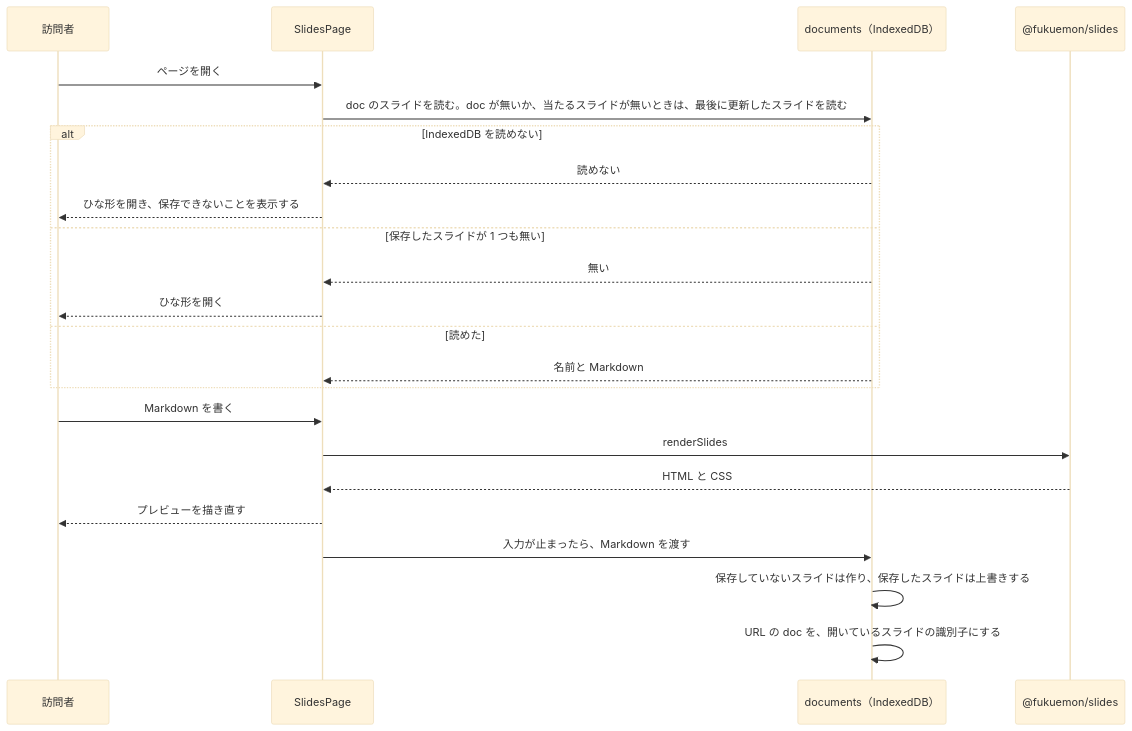
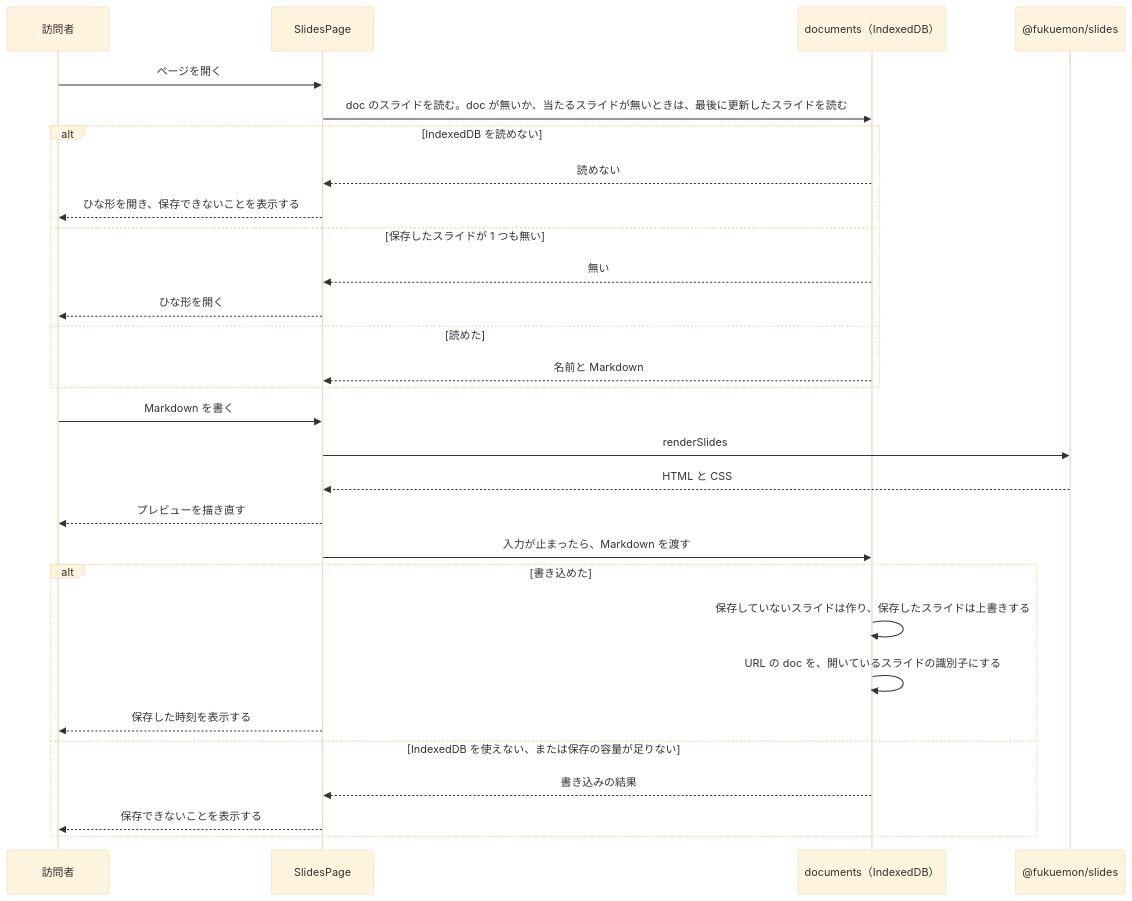
The third of 4 diagrams in docs/design/features/slides/DesignDoc.md (Fukuemon/fukuemon.dev), drawn with Mermaid (base theme) before and after one commit. The commit also changed other lines of this file and 4 other files, not shown here.

````diff
--- a/docs/design/features/slides/DesignDoc.md
+++ b/docs/design/features/slides/DesignDoc.md
@@ -298,26 +303,32 @@
 ```mermaid
 sequenceDiagram
   participant V as 訪問者
   participant P as SlidesPage
   participant D as documents（IndexedDB）
   participant S as @fukuemon/slides
 
   V->>P: ページを開く
   P->>D: doc のスライドを読む。doc が無いか、当たるスライドが無いときは、最後に更新したスライドを読む
   alt IndexedDB を読めない
     D-->>P: 読めない
     P-->>V: ひな形を開き、保存できないことを表示する
   else 保存したスライドが 1 つも無い
     D-->>P: 無い
     P-->>V: ひな形を開く
   else 読めた
     D-->>P: 名前と Markdown
   end
   V->>P: Markdown を書く
   P->>S: renderSlides
   S-->>P: HTML と CSS
   P-->>V: プレビューを描き直す
   P->>D: 入力が止まったら、Markdown を渡す
-  D->>D: 保存していないスライドは作り、保存したスライドは上書きする
-  D->>D: URL の doc を、開いているスライドの識別子にする
+  alt 書き込めた
+    D->>D: 保存していないスライドは作り、保存したスライドは上書きする
+    D->>D: URL の doc を、開いているスライドの識別子にする
+    P-->>V: 保存した時刻を表示する
+  else IndexedDB を使えない、または保存の容量が足りない
+    D-->>P: 書き込みの結果
+    P-->>V: 保存できないことを表示する
+  end
 ```
````
